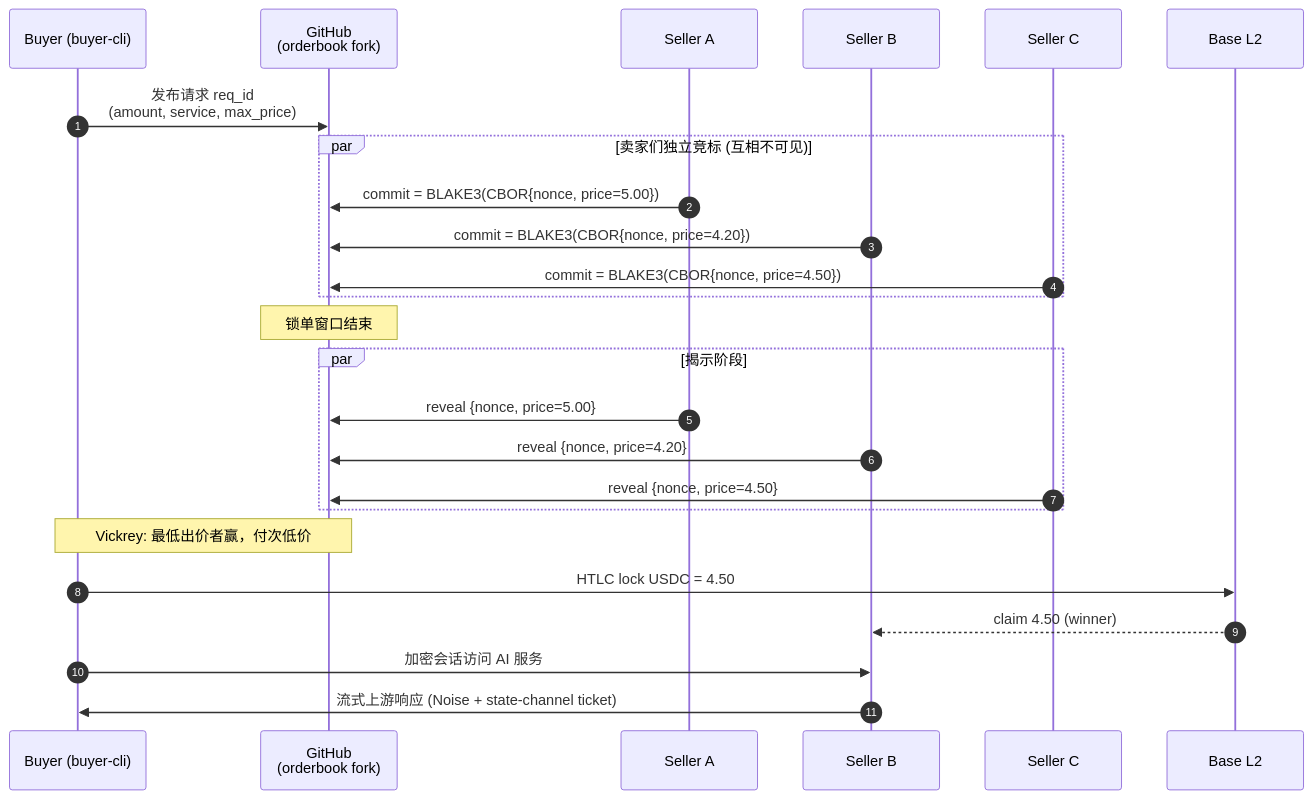
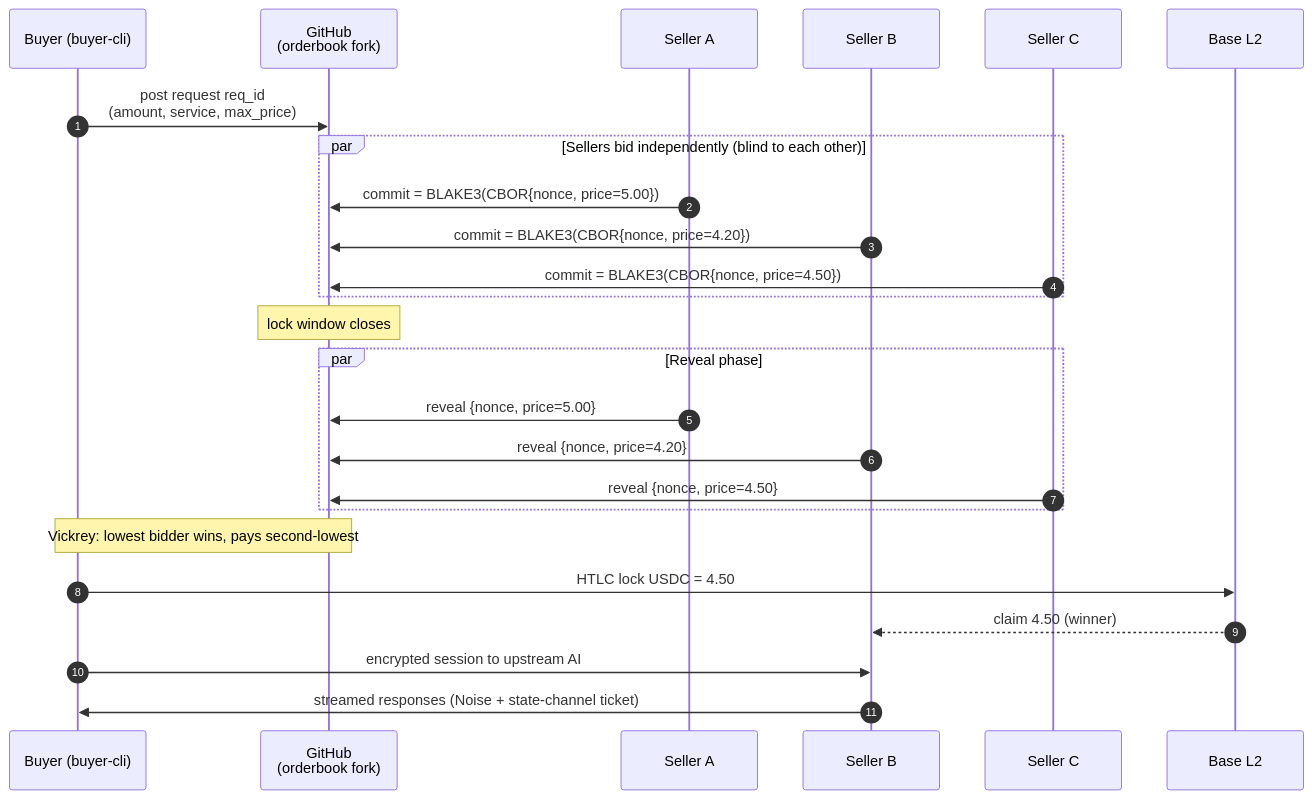
One commit to goday-org/ai-bazaar changed the second of 2 diagrams in README.md. Above: the diagram before and after it, drawn with Mermaid. The commit also changed other lines of this file and 1 other file, not shown here.

````diff
--- a/README.md
+++ b/README.md
@@ -109,28 +114,28 @@
 ```mermaid
 sequenceDiagram
     autonumber
     participant B as Buyer (buyer-cli)
     participant GH as GitHub<br/>(orderbook fork)
     participant S1 as Seller A
     participant S2 as Seller B
     participant S3 as Seller C
     participant BL as Base L2
 
-    B->>GH: 发布请求 req_id<br/>(amount, service, max_price)
-    par 卖家们独立竞标 (互相不可见)
+    B->>GH: post request req_id<br/>(amount, service, max_price)
+    par Sellers bid independently (blind to each other)
         S1->>GH: commit = BLAKE3(CBOR{nonce, price=5.00})
         S2->>GH: commit = BLAKE3(CBOR{nonce, price=4.20})
         S3->>GH: commit = BLAKE3(CBOR{nonce, price=4.50})
     end
-    Note over GH: 锁单窗口结束
-    par 揭示阶段
+    Note over GH: lock window closes
+    par Reveal phase
         S1->>GH: reveal {nonce, price=5.00}
         S2->>GH: reveal {nonce, price=4.20}
         S3->>GH: reveal {nonce, price=4.50}
     end
-    Note over B,GH: Vickrey: 最低出价者赢，付次低价
+    Note over B,GH: Vickrey: lowest bidder wins, pays second-lowest
     B->>BL: HTLC lock USDC = 4.50
     BL-->>S2: claim 4.50 (winner)
-    B->>S2: 加密会话访问 AI 服务
-    S2->>B: 流式上游响应 (Noise + state-channel ticket)
+    B->>S2: encrypted session to upstream AI
+    S2->>B: streamed responses (Noise + state-channel ticket)
 ```
````
